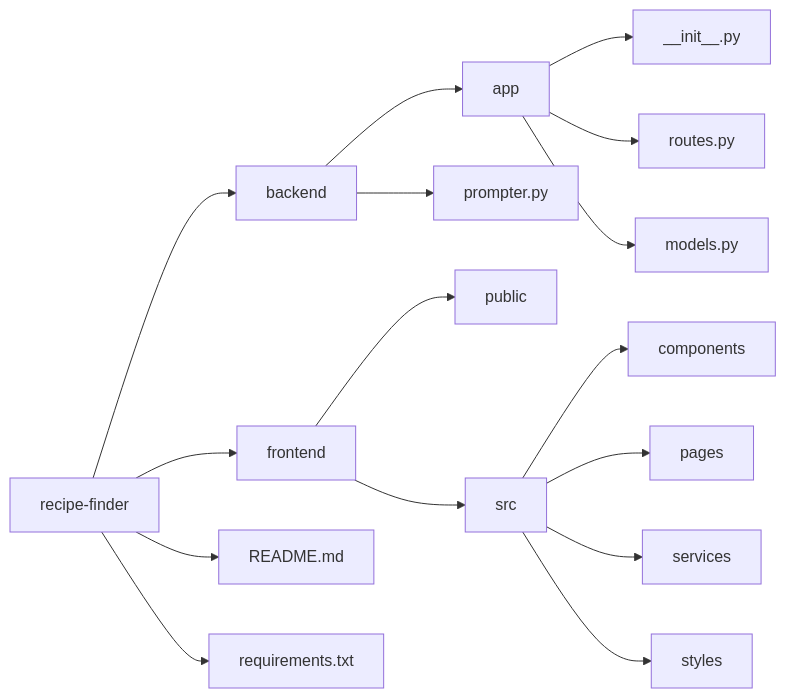
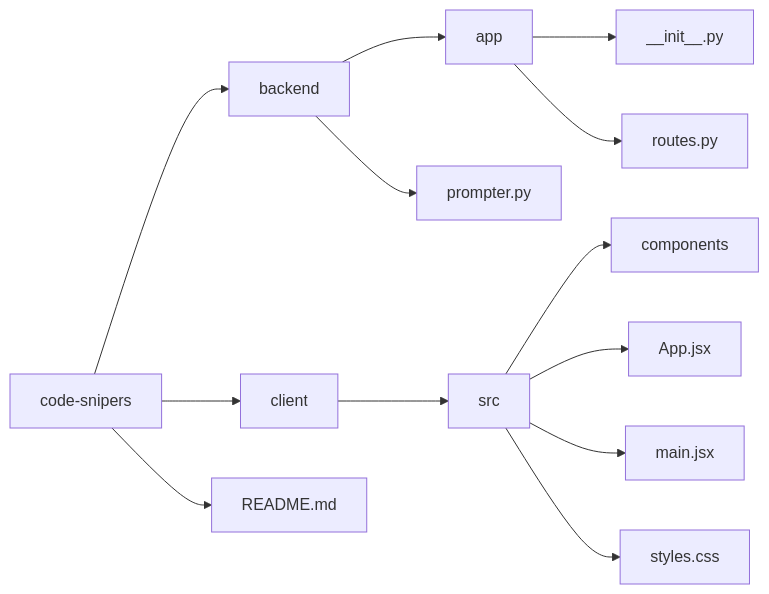
One commit to shinji-Yama77/local-prompt-library changed the third of 3 diagrams in README.md. Above: the diagram before and after it, drawn with Mermaid. The commit also changed other lines of this file, not shown here.

````diff
--- a/README.md
+++ b/README.md
@@ -72,20 +72,17 @@
 ```mermaid
 graph LR
-    A[recipe-finder] --> B[backend]
-    A --> N[frontend]
+    A[code-snipers] --> B[backend]
+    A --> N[client]
     A --> C[README.md]
-    A --> D[requirements.txt]
     
     B --> E[app]
     B --> F[prompter.py]
     E --> G[__init__.py]
     E --> H[routes.py]
-    E --> I[models.py]
     
-    N --> O[public]
     N --> P[src]
     P --> Q[components]
-    P --> R[pages]
-    P --> S[services]
-    P --> T[styles]
+    P --> R[App.jsx]
+    P --> S[main.jsx]
+    P --> T[styles.css]
 ```
````
